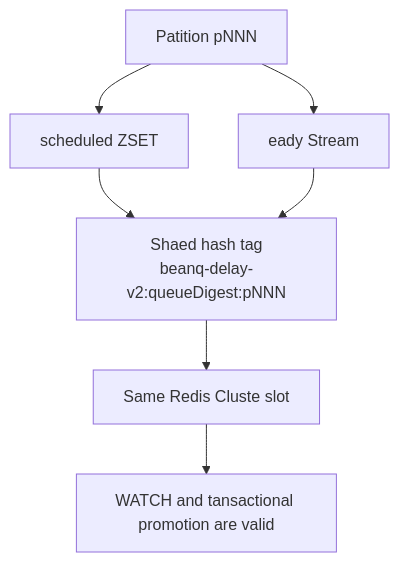
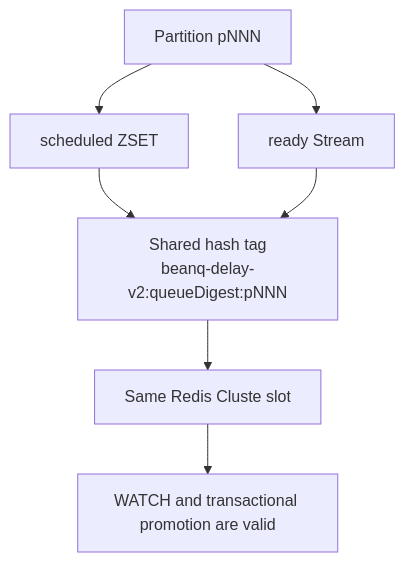
The fifth of 7 diagrams in README.md (retail-ai-inc/beanq), drawn with Mermaid before and after one commit. The commit also changed other lines of this file, not shown here.

````diff
--- a/README.md
+++ b/README.md
@@ -256,9 +256,9 @@
 ```mermaid
 flowchart TB
-    A[Patition pNNN] --> B[scheduled ZSET]
-    A --> C[eady Stream]
-    B --> D[Shaed hash tag<br/>beanq-delay-v2:queueDigest:pNNN]
+    A[Partition pNNN] --> B[scheduled ZSET]
+    A --> C[ready Stream]
+    B --> D[Shared hash tag<br/>beanq-delay-v2:queueDigest:pNNN]
     C --> D
     D --> E[Same Redis Cluste slot]
-    E --> F[WATCH and tansactional promotion are valid]
+    E --> F[WATCH and transactional promotion are valid]
 ```
````
